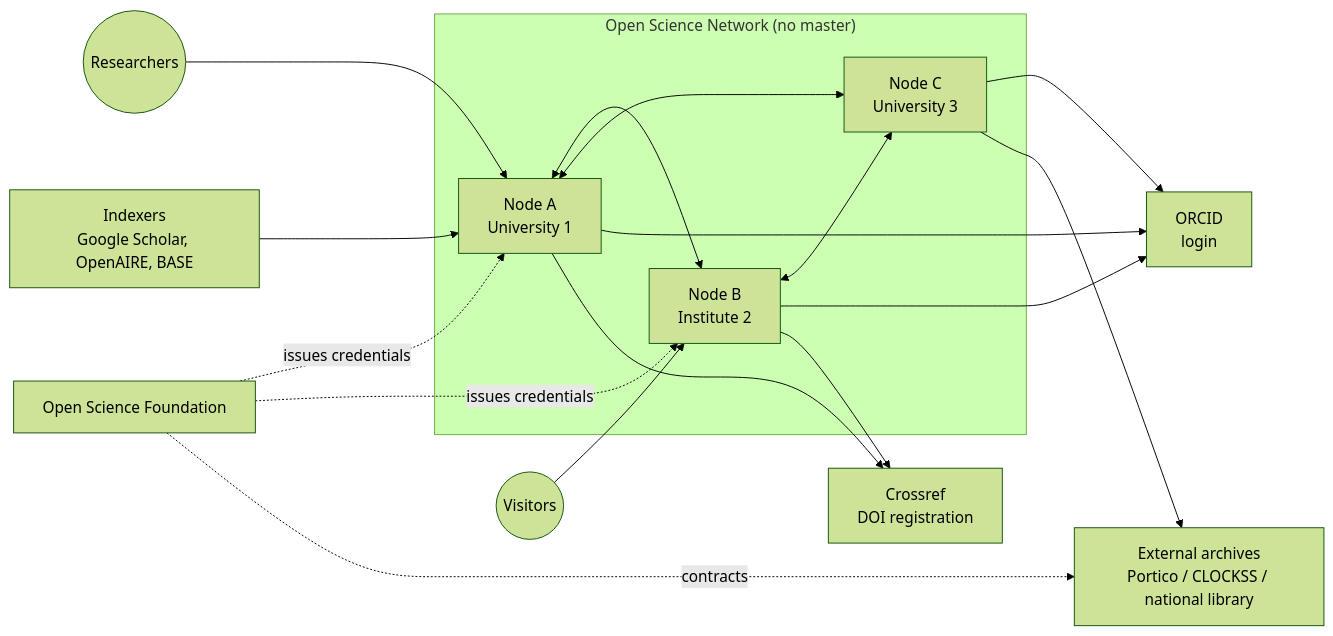
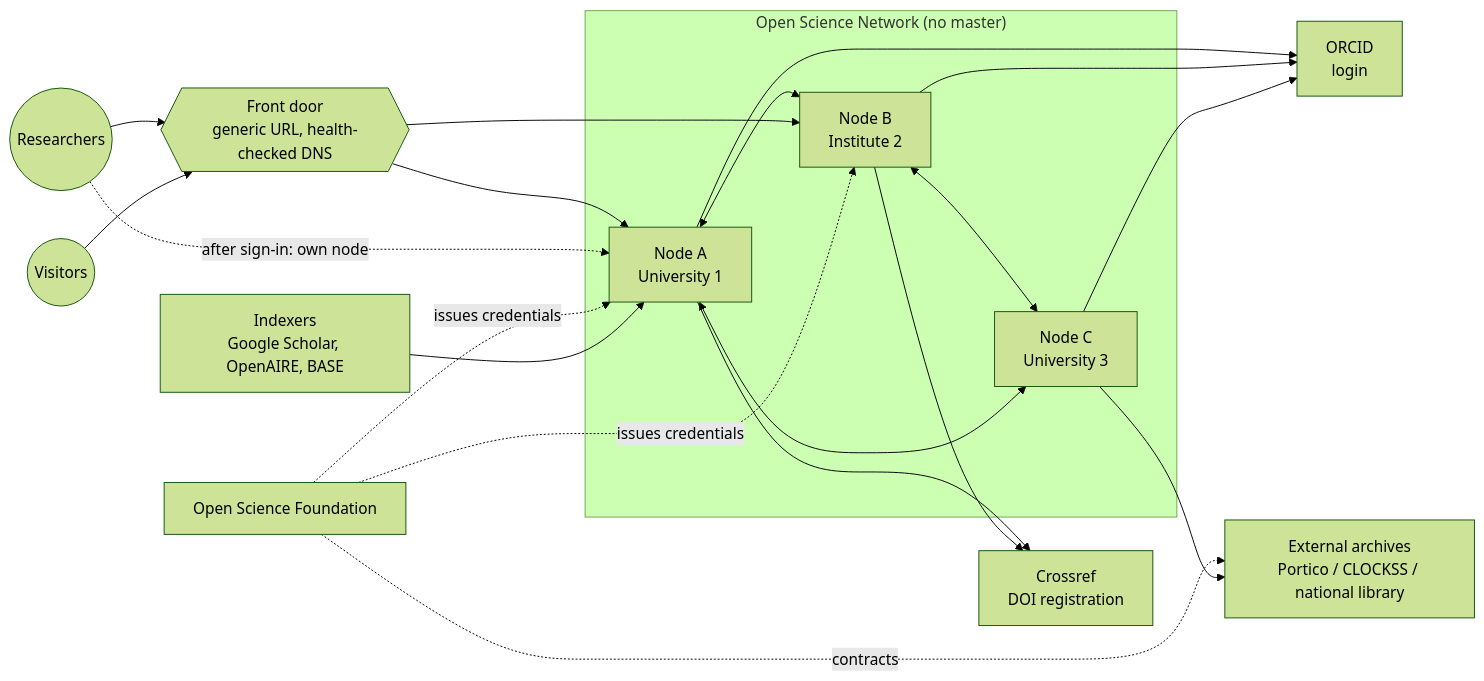
The first of 3 diagrams in docs/spec/02-architecture-and-tech-stack.md (phdahmetyildiz/open_science_2024_beta), drawn with Mermaid (forest theme) before and after one commit. The commit also changed other lines of this file and 9 other files, not shown here.

First line of the commit message:
Specify front door, account routing and node-failure handling

````diff
--- a/docs/spec/02-architecture-and-tech-stack.md
+++ b/docs/spec/02-architecture-and-tech-stack.md
@@ -5,23 +5,27 @@
 ```mermaid
 flowchart LR
     subgraph Network["Open Science Network (no master)"]
         N1[Node A<br/>University 1]
         N2[Node B<br/>Institute 2]
         N3[Node C<br/>University 3]
         N1 <--> N2
         N2 <--> N3
         N1 <--> N3
     end
-    Researchers((Researchers)) --> N1
-    Visitors((Visitors)) --> N2
+    FrontDoor{{Front door<br/>generic URL, health-checked DNS}}
+    Researchers((Researchers)) --> FrontDoor
+    Visitors((Visitors)) --> FrontDoor
+    FrontDoor --> N1
+    FrontDoor --> N2
+    Researchers -. after sign-in: own node .-> N1
     N1 --> ORCID[ORCID<br/>login]
     N2 --> ORCID
     N3 --> ORCID
     N1 --> Crossref[Crossref<br/>DOI registration]
     N2 --> Crossref
     Foundation[Open Science Foundation] -. issues credentials .-> N1
     Foundation -. issues credentials .-> N2
     Foundation -. contracts .-> Archives[External archives<br/>Portico / CLOCKSS / national library]
     N3 --> Archives
     Indexers[Indexers<br/>Google Scholar, OpenAIRE, BASE] --> N1
 ```
````
